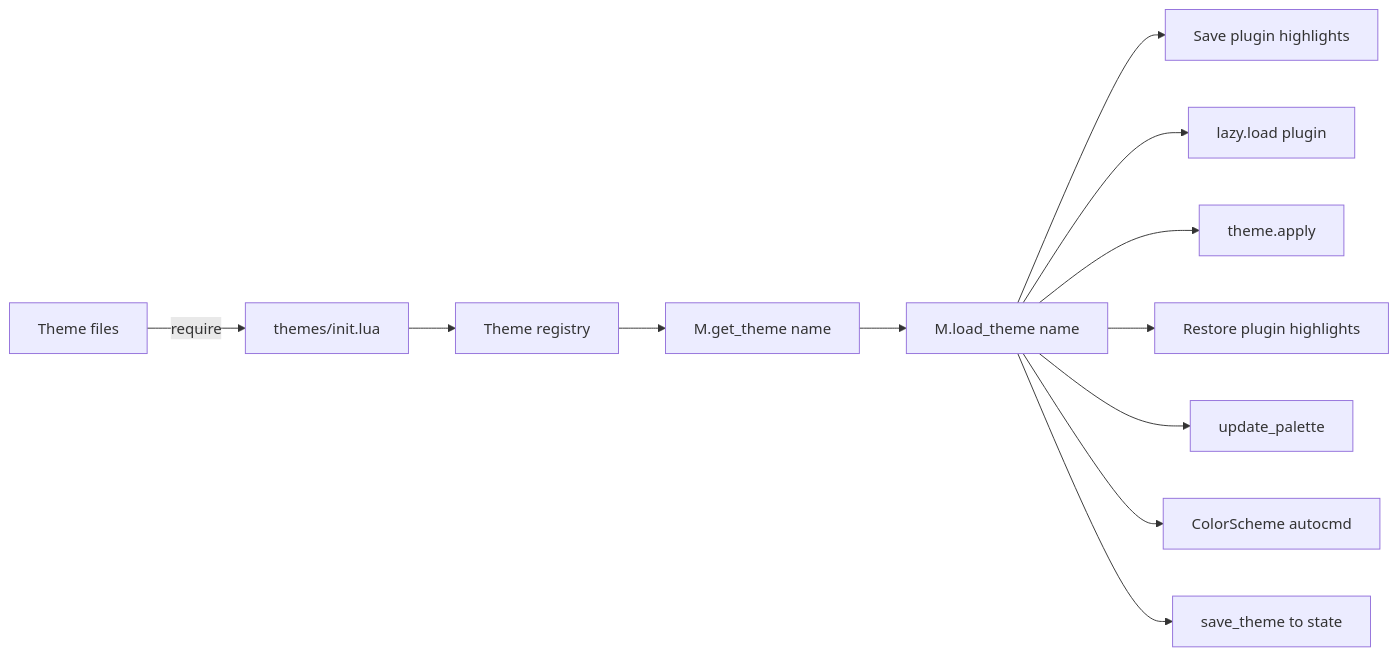
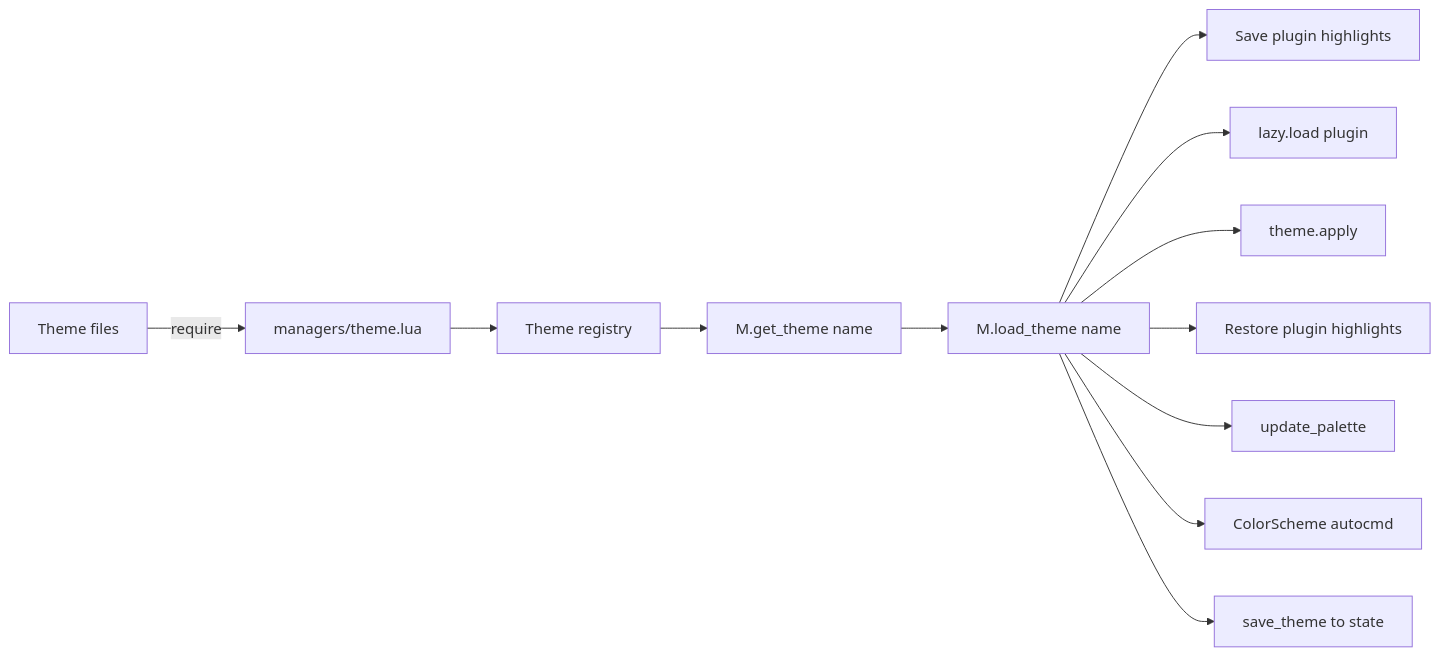
Before and after one commit to krishna-thedeveloper/IDE-runtime-framework: the diagram in docs/themes/theme-system.md, drawn with Mermaid. The commit also changed other lines of this file and 11 other files, not shown here.

````diff
--- a/docs/themes/theme-system.md
+++ b/docs/themes/theme-system.md
@@ -15,14 +15,14 @@
 ```mermaid
 flowchart LR
-    A[Theme files] -->|require| B[themes/init.lua]
+    A[Theme files] -->|require| B[managers/theme.lua]
     B --> C[Theme registry]
     C --> D[M.get_theme name]
     D --> E[M.load_theme name]
     E --> F[Save plugin highlights]
     E --> G[lazy.load plugin]
     E --> H[theme.apply]
     E --> I[Restore plugin highlights]
     E --> J[update_palette]
     E --> K[ColorScheme autocmd]
     E --> L[save_theme to state]
 ```
````
